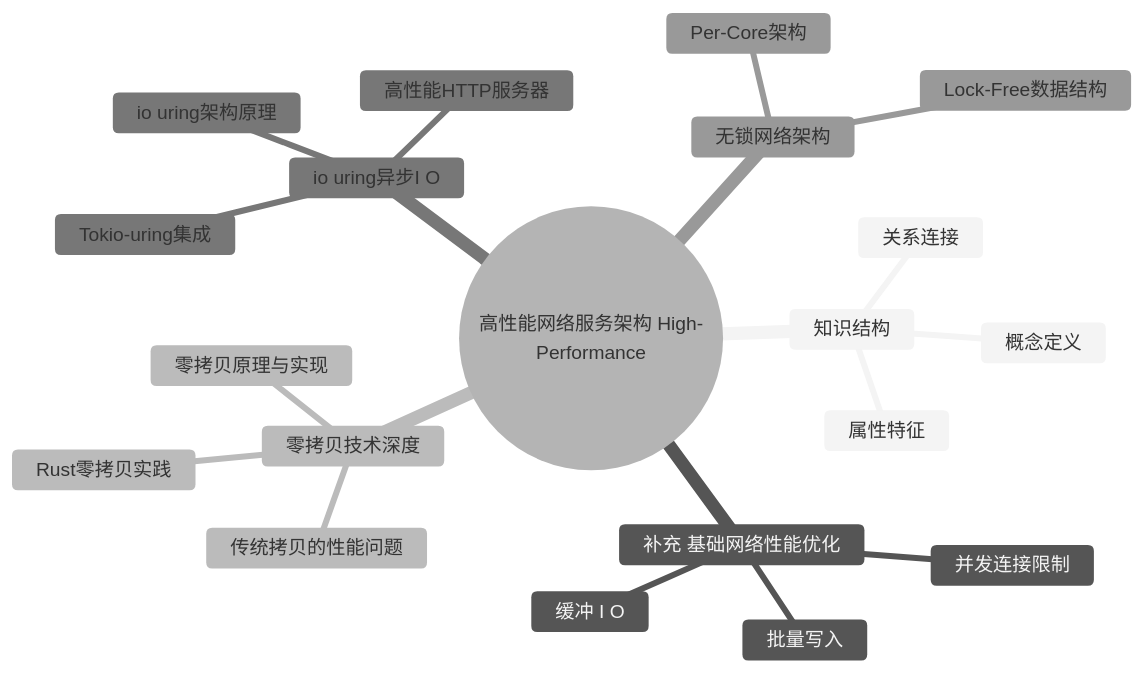
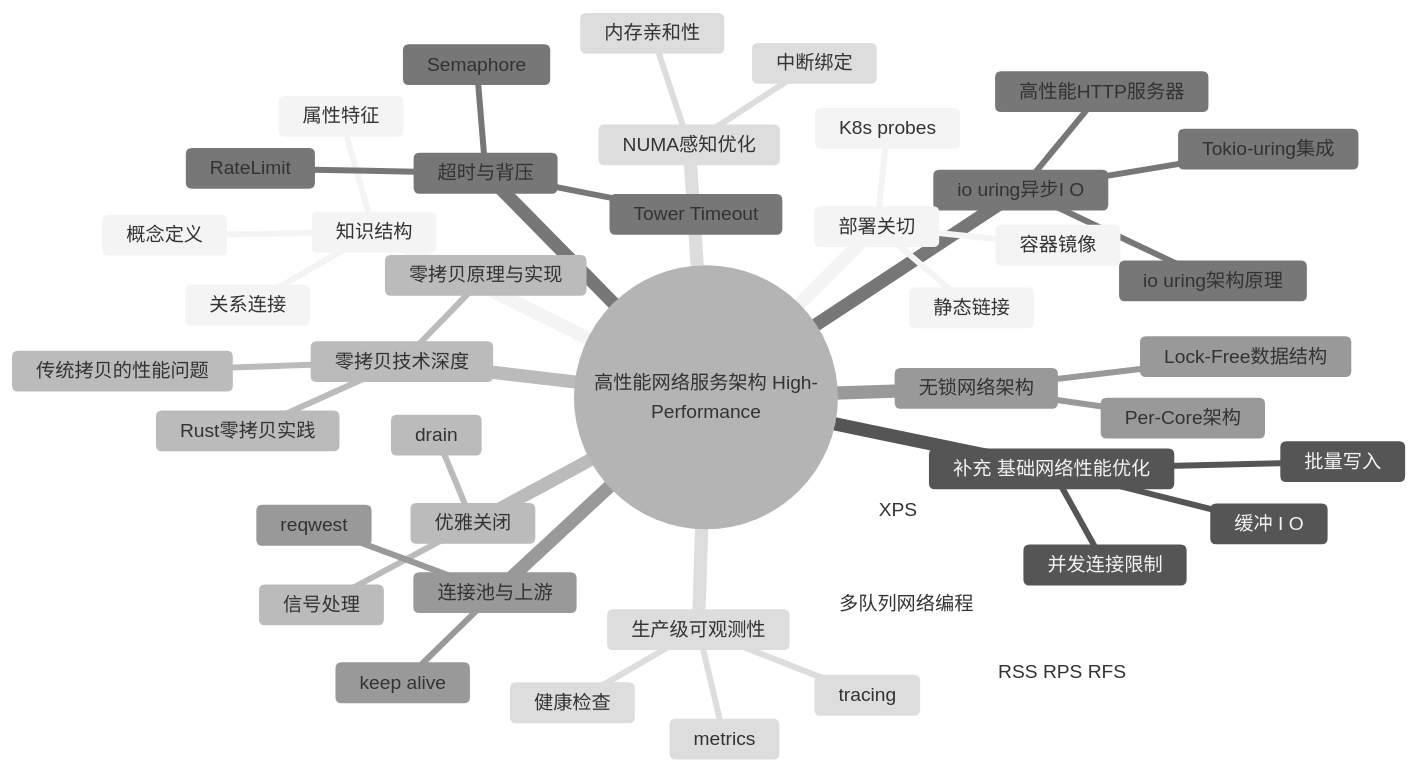
One commit to martin-ly/rust-lang changed the diagram in concept/06_ecosystem/04_web_and_networking/08_high_performance_network_service_architecture.md. Above: the diagram before and after it, drawn with Mermaid (neutral theme). The commit also changed other lines of this file and 150 other files, not shown here.

````diff
--- a/concept/06_ecosystem/04_web_and_networking/08_high_performance_network_service_architecture.md
+++ b/concept/06_ecosystem/04_web_and_networking/08_high_performance_network_service_architecture.md
@@ -2164,23 +2422,47 @@
 ```mermaid
 mindmap
   root((高性能网络服务架构 High-Performance))
     知识结构
       概念定义
       属性特征
       关系连接
     补充 基础网络性能优化
       缓冲 I O
       批量写入
       并发连接限制
     零拷贝技术深度
       传统拷贝的性能问题
       零拷贝原理与实现
       Rust零拷贝实践
     io uring异步I O
       io uring架构原理
       Tokio-uring集成
       高性能HTTP服务器
     无锁网络架构
       Lock-Free数据结构
       Per-Core架构
+    NUMA感知优化
+      内存亲和性
+      中断绑定
+    多队列网络编程
+      RSS RPS RFS
+      XPS
+    生产级可观测性
+      tracing
+      metrics
+      健康检查
+    优雅关闭
+      信号处理
+      drain
+    连接池与上游
+      reqwest
+      keep alive
+    超时与背压
+      Tower Timeout
+      RateLimit
+      Semaphore
+    部署关切
+      容器镜像
+      K8s probes
+      静态链接
 ```
````
